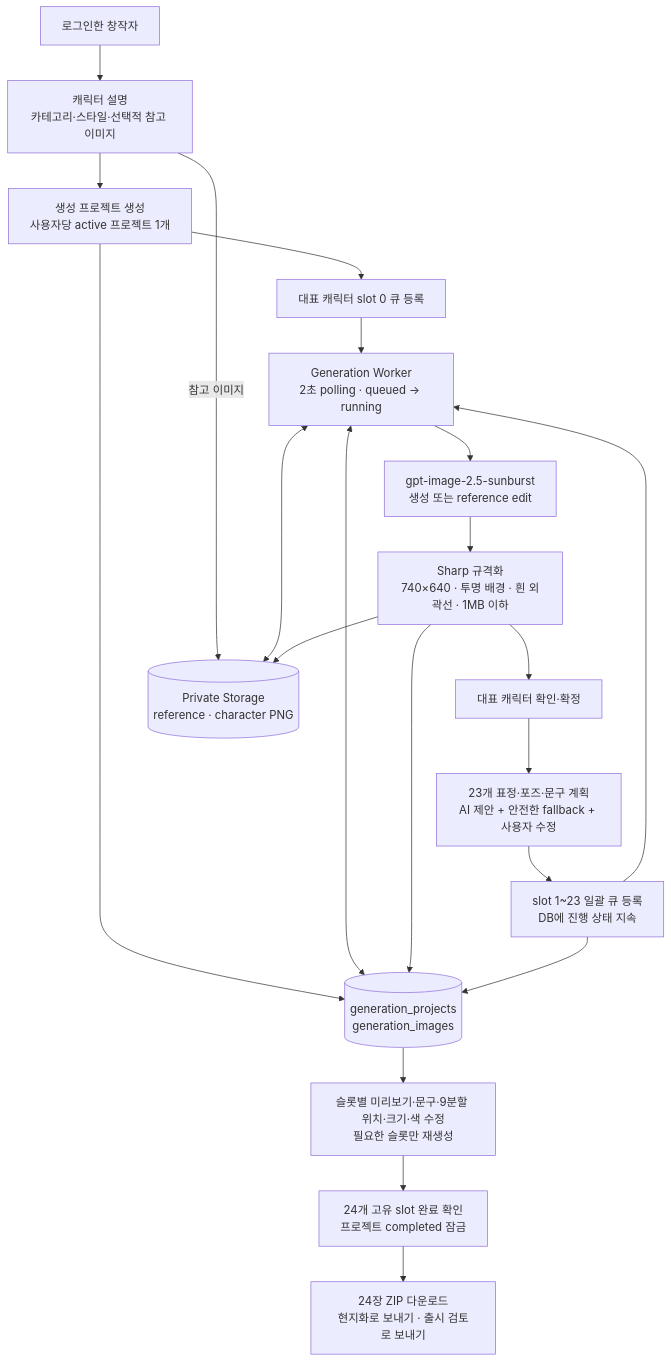
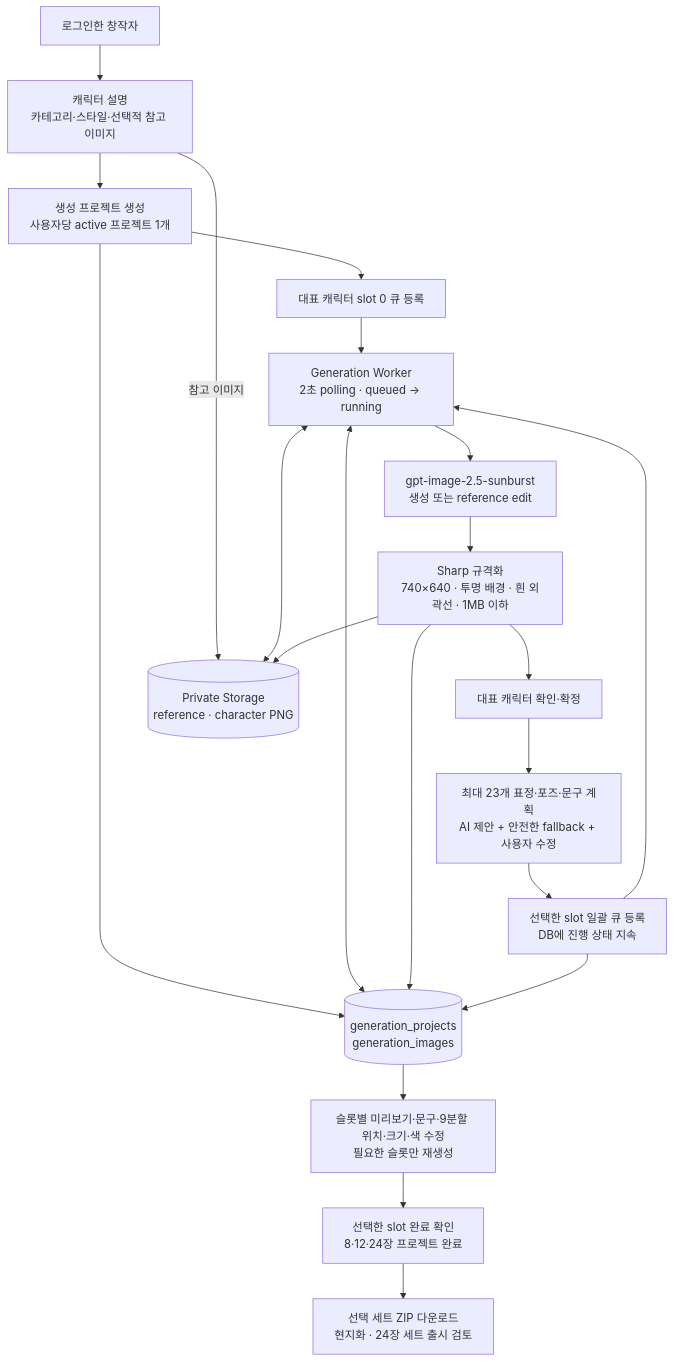
One commit to Linkshimcat/Glocalizer changed the third of 4 diagrams in README.md. Above: the diagram before and after it, drawn with Mermaid. The commit also changed other lines of this file, not shown here.

````diff
--- a/README.md
+++ b/README.md
@@ -176,29 +177,29 @@
 ```mermaid
 flowchart TB
     user["로그인한 창작자"]
     setup["캐릭터 설명<br/>카테고리·스타일·선택적 참고 이미지"]
     project["생성 프로젝트 생성<br/>사용자당 active 프로젝트 1개"]
     baseQueue["대표 캐릭터 slot 0 큐 등록"]
     worker["Generation Worker<br/>2초 polling · queued → running"]
     imageApi["gpt-image-2.5-sunburst<br/>생성 또는 reference edit"]
     normalize["Sharp 규격화<br/>740×640 · 투명 배경 · 흰 외곽선 · 1MB 이하"]
     baseConfirm["대표 캐릭터 확인·확정"]
-    plan["23개 표정·포즈·문구 계획<br/>AI 제안 + 안전한 fallback + 사용자 수정"]
-    batch["slot 1~23 일괄 큐 등록<br/>DB에 진행 상태 지속"]
+    plan["최대 23개 표정·포즈·문구 계획<br/>AI 제안 + 안전한 fallback + 사용자 수정"]
+    batch["선택한 slot 일괄 큐 등록<br/>DB에 진행 상태 지속"]
     edit["슬롯별 미리보기·문구·9분할 위치·크기·색 수정<br/>필요한 슬롯만 재생성"]
-    done["24개 고유 slot 완료 확인<br/>프로젝트 completed 잠금"]
-    handoff["24장 ZIP 다운로드<br/>현지화로 보내기 · 출시 검토로 보내기"]
+    done["선택한 slot 완료 확인<br/>8·12·24장 프로젝트 완료"]
+    handoff["선택 세트 ZIP 다운로드<br/>현지화 · 24장 세트 출시 검토"]
     db[("generation_projects<br/>generation_images")]
     storage[("Private Storage<br/>reference · character PNG")]
 
     user --> setup --> project --> baseQueue --> worker --> imageApi --> normalize
     project --> db
     setup -->|"참고 이미지"| storage
     worker <--> db
     worker <--> storage
     normalize --> storage
     normalize --> db
     normalize --> baseConfirm --> plan --> batch --> worker
     batch --> db
     db --> edit --> done --> handoff
 ```
````
